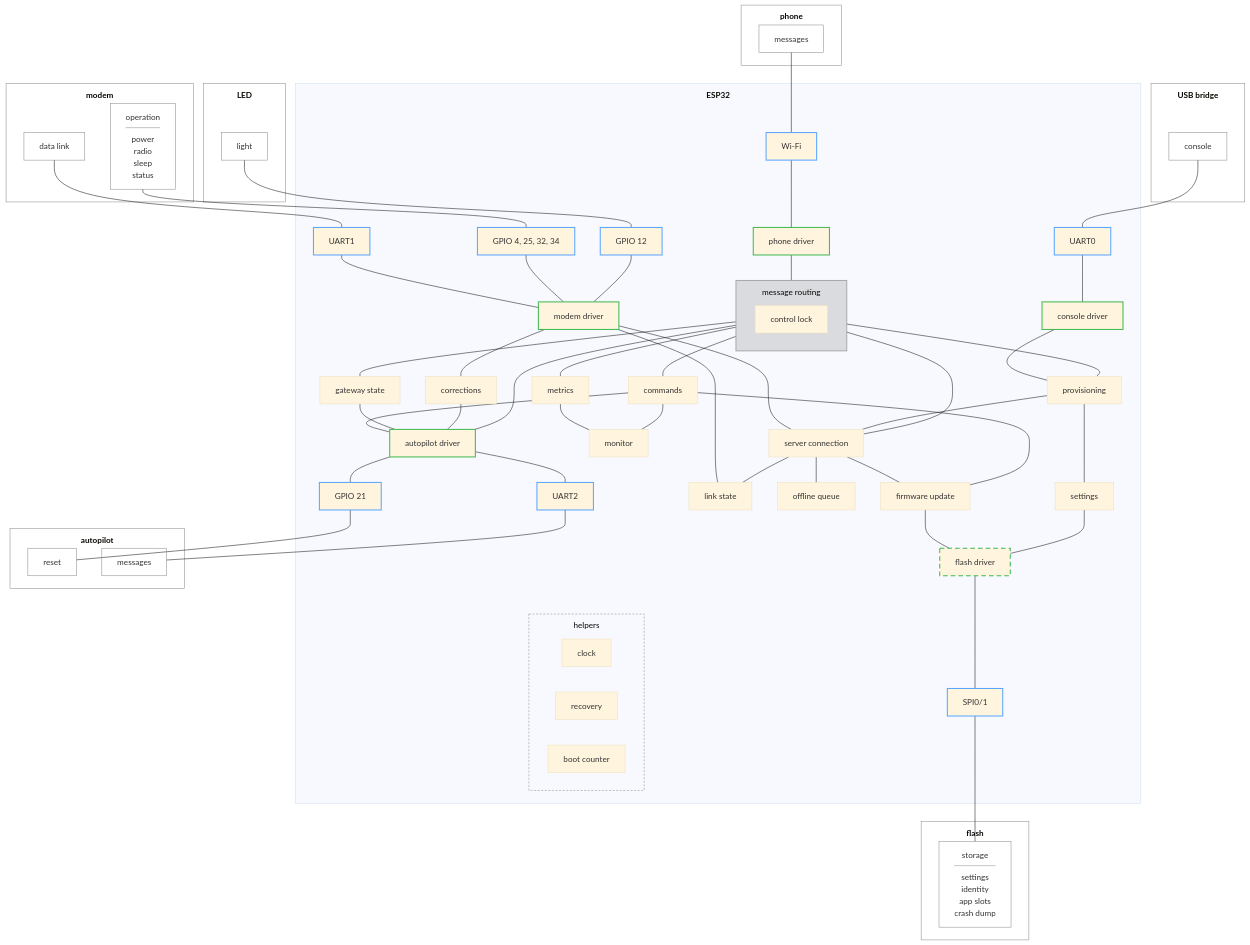
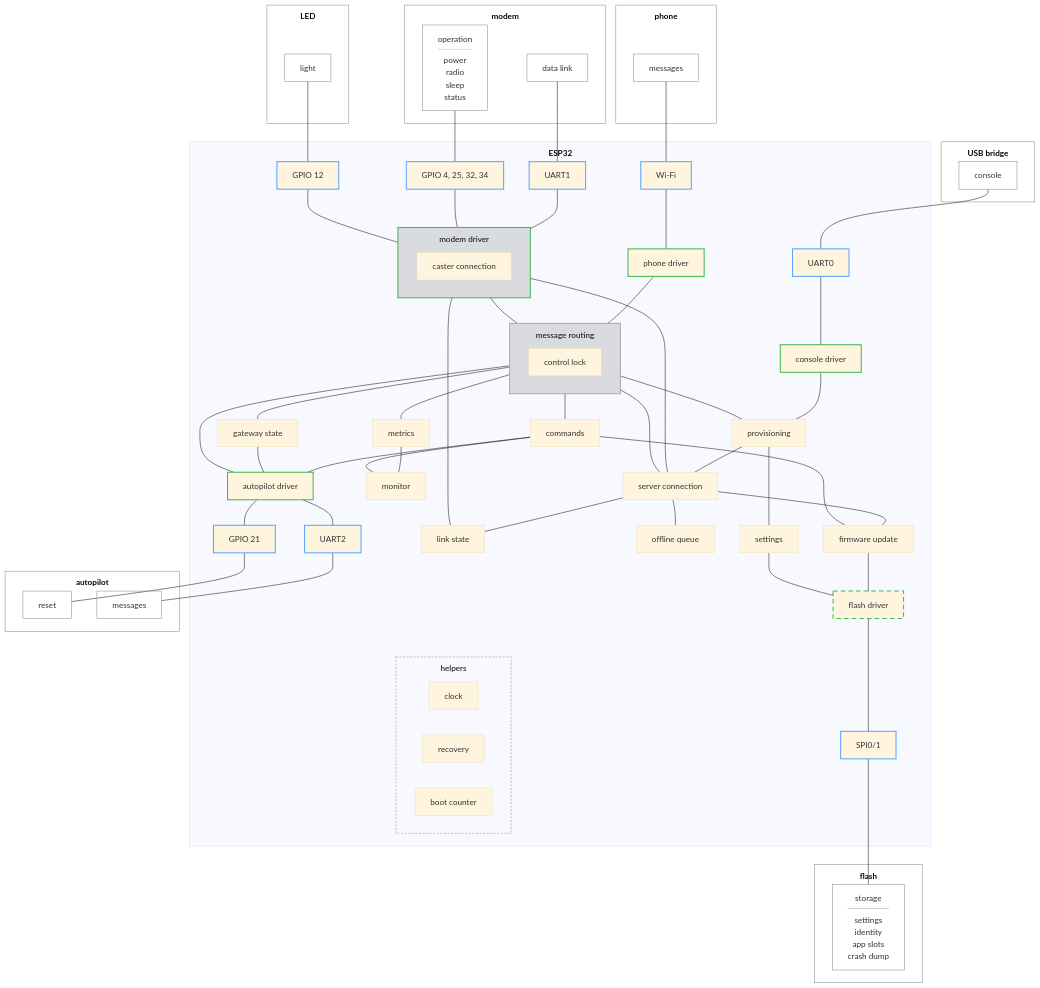
Before and after one commit to rmx-lt/rmx-mower-gateway: the diagram in .esp-architecture/diagrams/block-draft.md, drawn with Mermaid (base theme). The commit also changed 1 other file, not shown here.

Commit message:
Draft: caster connection inside the modem driver

````diff
--- a/.esp-architecture/diagrams/block-draft.md
+++ b/.esp-architecture/diagrams/block-draft.md
@@ -31,10 +31,11 @@
     gr["GPIO 21"]
     wf["Wi-Fi"]
     u0["UART0"]
-    conn["modem driver"]
+    subgraph conn["modem driver"]
+      cast["caster connection"]
+    end
     phd["phone driver"]
     con["console driver"]
-    ntrip["corrections"]
     mqtt["server connection"]
     subgraph msg["message routing"]
       lock["control lock"]
@@ -74,7 +75,7 @@
   msg --- prov
   con --- prov
   conn --- mqtt
-  conn --- ntrip
+  conn --- msg
   conn --- ls
   mqtt --- ls
   mqtt --- msg
@@ -91,7 +92,6 @@
   mqtt --- q
   cmd --- bl
   state --- bl
-  ntrip --- bl
   upd --- fs
   set --- fs
   fs --- sp --- fparts
@@ -100,13 +100,15 @@
   classDef bus stroke:#58a6ff,stroke-width:2px
   class u1,gm,gl,gr,u2,wf,u0,sp bus
   classDef driver stroke:#3fb950,stroke-width:2px
-  class con,phd,conn,bl driver
+  class con,phd,bl driver
   classDef sysdriver stroke:#3fb950,stroke-width:2px,stroke-dasharray:9 6
   class fs sysdriver
   classDef helpers fill:none,stroke:#888,stroke-dasharray:4 3
   class help helpers
   classDef owner fill:#8884,stroke:#aaa,stroke-width:2px
   class msg owner
+  classDef ownerdriver fill:#8884,stroke:#3fb950,stroke-width:2px
+  class conn ownerdriver
   classDef device fill:none,stroke:#888
   class modem,mdata,mctl,led,lparts,ap,amsg,areset,ph,pparts,usb,uparts,fl,fparts device
 ```
````
